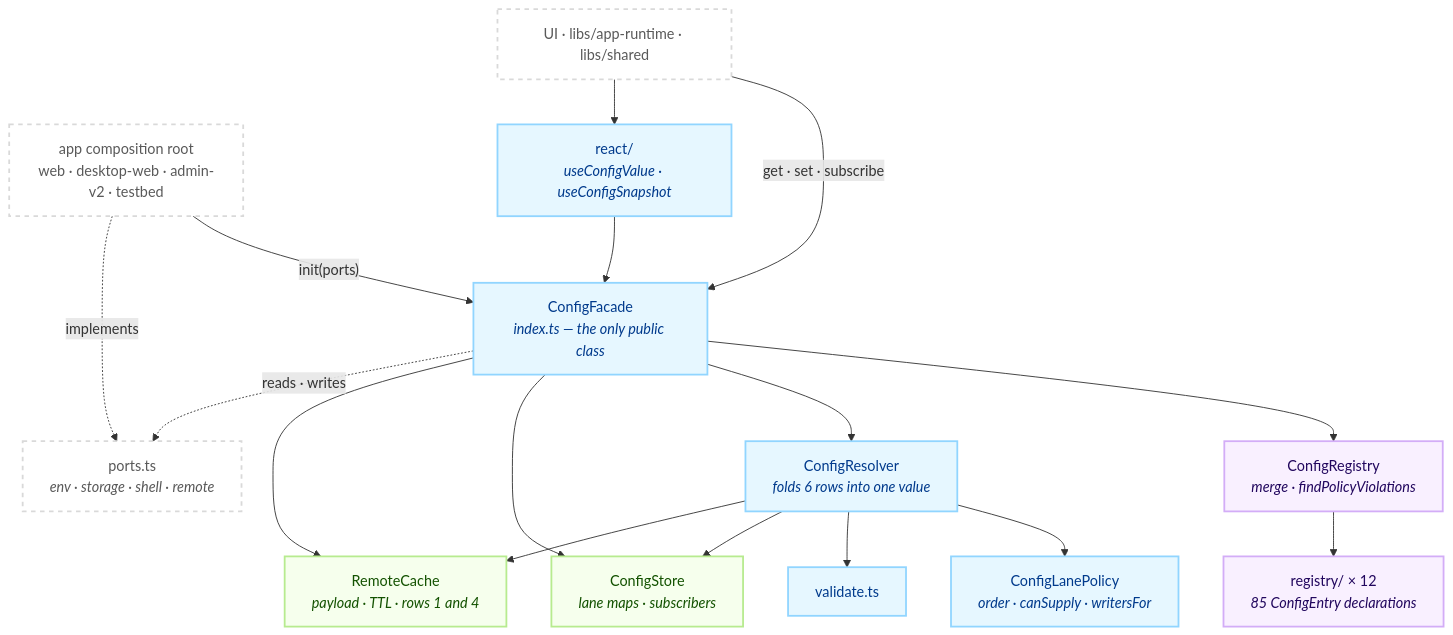
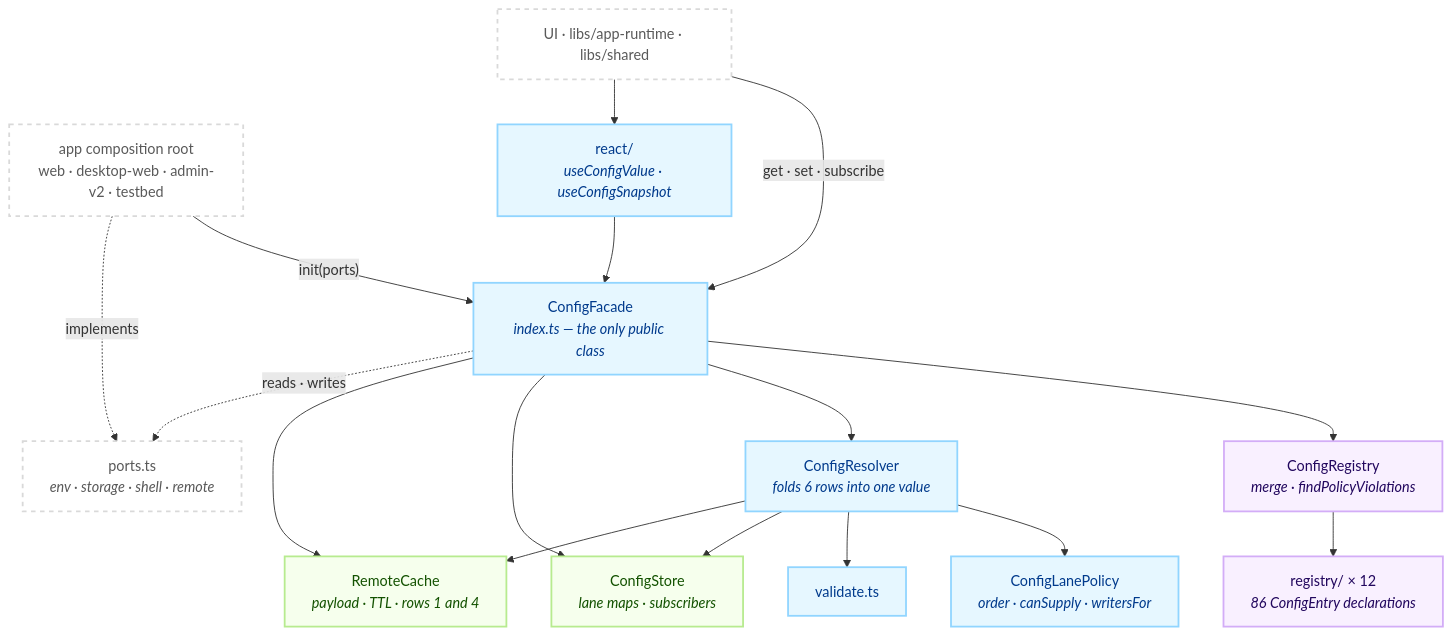
One commit to lemoncloud-io/dou-app changed the first of 2 diagrams in libs/config/README.md. Above: the diagram before and after it, drawn with Mermaid. The commit also changed other lines of this file and 19 other files, not shown here.

````diff
--- a/libs/config/README.md
+++ b/libs/config/README.md
@@ -59,40 +59,40 @@
 ```mermaid
 flowchart TD
     classDef decl fill:#f9f0ff,stroke:#d3adf7,stroke-width:2px,color:#22075e;
     classDef resl fill:#e6f7ff,stroke:#91d5ff,stroke-width:2px,color:#003a8c;
     classDef hold fill:#f6ffed,stroke:#b7eb8f,stroke-width:2px,color:#135200;
     classDef ext fill:#ffffff,stroke:#d9d9d9,stroke-width:2px,color:#595959,stroke-dasharray: 5 5;
 
     App["app composition root<br/>web · desktop-web · admin-v2 · testbed"]:::ext
     UI["UI · libs/app-runtime · libs/shared"]:::ext
 
     Facade["ConfigFacade<br/><i>index.ts — the only public class</i>"]:::resl
     React["react/<br/><i>useConfigValue · useConfigSnapshot</i>"]:::resl
 
     Registry["ConfigRegistry<br/><i>merge · findPolicyViolations</i>"]:::decl
-    Modules["registry/ × 12<br/><i>85 ConfigEntry declarations</i>"]:::decl
+    Modules["registry/ × 12<br/><i>86 ConfigEntry declarations</i>"]:::decl
 
     Resolver["ConfigResolver<br/><i>folds 6 rows into one value</i>"]:::resl
     Policy["ConfigLanePolicy<br/><i>order · canSupply · writersFor</i>"]:::resl
     Validate["validate.ts"]:::resl
 
     Store["ConfigStore<br/><i>lane maps · subscribers</i>"]:::hold
     Remote["RemoteCache<br/><i>payload · TTL · rows 1 and 4</i>"]:::hold
 
     Ports["ports.ts<br/><i>env · storage · shell · remote</i>"]:::ext
 
     App -->|"init(ports)"| Facade
     UI -->|"get · set · subscribe"| Facade
     UI --> React
     React --> Facade
     Facade --> Registry --> Modules
     Facade --> Resolver
     Facade --> Store
     Facade --> Remote
     Resolver --> Policy
     Resolver --> Validate
     Resolver --> Store
     Resolver --> Remote
     Facade -.->|"reads · writes"| Ports
     App -.->|"implements"| Ports
 ```
````
